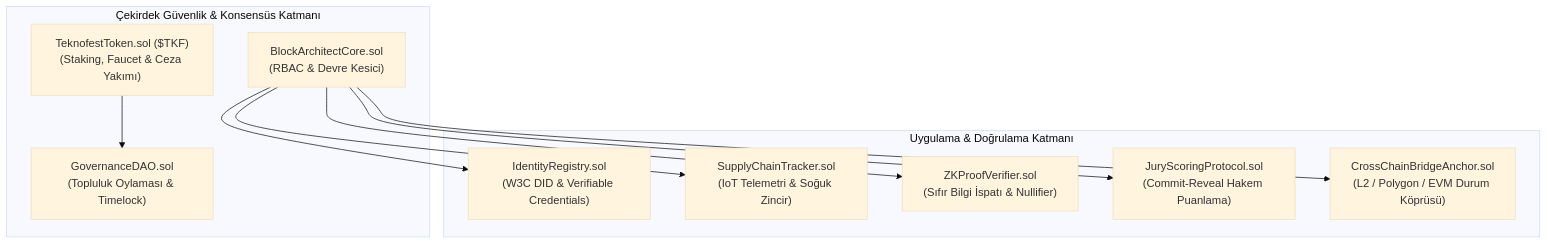
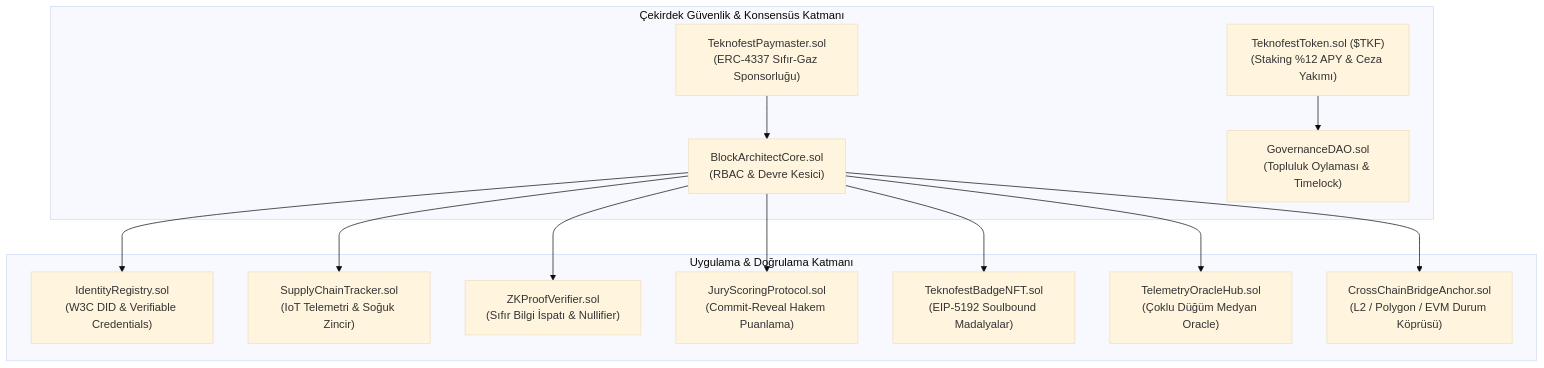
One commit to bahattinyunus/teknofest_blokzincir changed the diagram in README.md. Above: the diagram before and after it, drawn with Mermaid (base theme). The commit also changed other lines of this file and 20 other files, not shown here.

Commit message:
feat: 11-contract enterprise suite with Soulbound NFT, Telemetry Oracle Hub, Paymaster, 30 passing tests, and 12-tab Web3 console

````diff
--- a/README.md
+++ b/README.md
@@ -27,23 +28,29 @@
 ```mermaid
 flowchart TD
     subgraph Core["Çekirdek Güvenlik & Konsensüs Katmanı"]
         A["BlockArchitectCore.sol<br/>(RBAC & Devre Kesici)"]
-        E["TeknofestToken.sol ($TKF)<br/>(Staking, Faucet & Ceza Yakımı)"]
+        E["TeknofestToken.sol ($TKF)<br/>(Staking %12 APY & Ceza Yakımı)"]
         D["GovernanceDAO.sol<br/>(Topluluk Oylaması & Timelock)"]
+        P["TeknofestPaymaster.sol<br/>(ERC-4337 Sıfır-Gaz Sponsorluğu)"]
     end
 
     subgraph Business["Uygulama & Doğrulama Katmanı"]
         B["IdentityRegistry.sol<br/>(W3C DID & Verifiable Credentials)"]
         C["SupplyChainTracker.sol<br/>(IoT Telemetri & Soğuk Zincir)"]
         F["ZKProofVerifier.sol<br/>(Sıfır Bilgi İspatı & Nullifier)"]
         G["JuryScoringProtocol.sol<br/>(Commit-Reveal Hakem Puanlama)"]
+        NFT["TeknofestBadgeNFT.sol<br/>(EIP-5192 Soulbound Madalyalar)"]
+        ORC["TelemetryOracleHub.sol<br/>(Çoklu Düğüm Medyan Oracle)"]
         H["CrossChainBridgeAnchor.sol<br/>(L2 / Polygon / EVM Durum Köprüsü)"]
     end
 
     A --> B
     A --> C
     A --> F
     A --> G
+    A --> NFT
+    A --> ORC
     A --> H
     E --> D
+    P --> A
 ```
````
